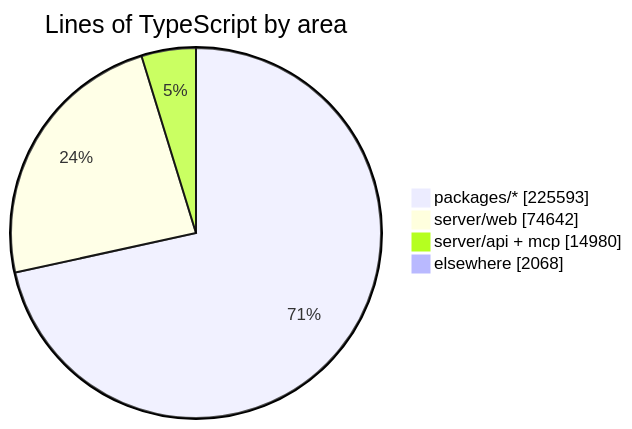
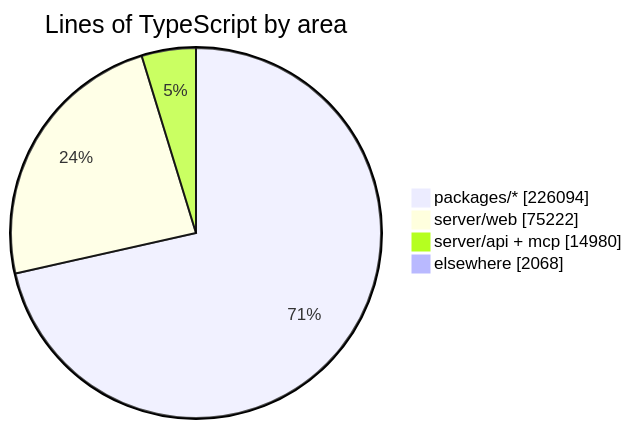
One commit to crossworks-engineering/mantle changed the diagram in README.md. Above: the diagram before and after it, drawn with Mermaid. The commit also changed other lines of this file and 2 other files, not shown here.

````diff
--- a/README.md
+++ b/README.md
@@ -287,7 +287,7 @@
 ```mermaid
 pie showData title Lines of TypeScript by area
-    "packages/*" : 225593
-    "server/web" : 74642
+    "packages/*" : 226094
+    "server/web" : 75222
     "server/api + mcp" : 14980
     "elsewhere" : 2068
 ```
````
